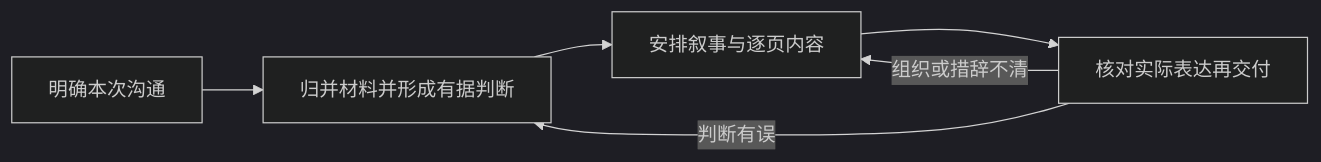
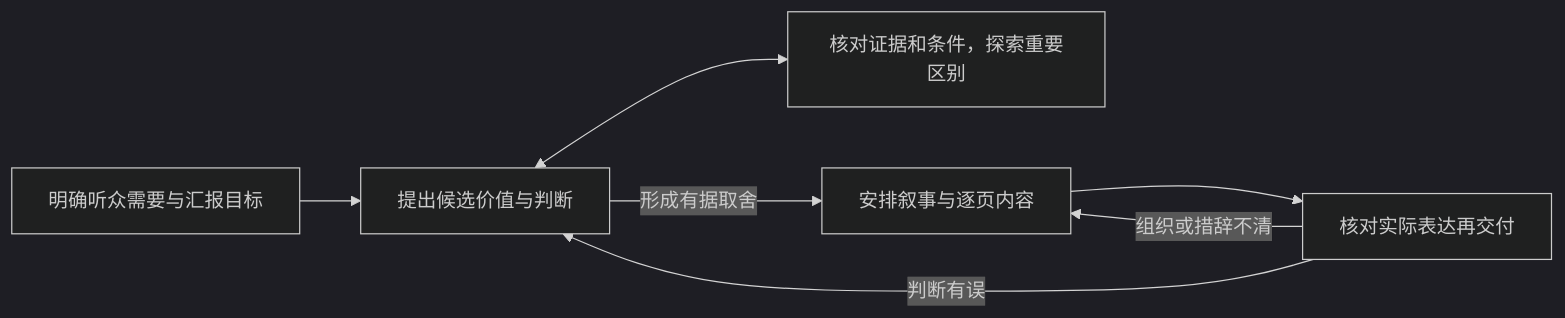
One commit to River-Singer/How-to-Report changed the diagram in README.md. Above: the diagram before and after it, drawn with Mermaid (dark theme). The commit also changed other lines of this file and 87 other files, not shown here.

````diff
--- a/README.md
+++ b/README.md
@@ -59,8 +65,9 @@
 ```mermaid
 flowchart LR
-    A[明确本次沟通] --> B[归并材料并形成有据判断]
-    B --> C[安排叙事与逐页内容]
+    A[明确听众需要与汇报目标] --> B[提出候选价值与判断]
+    B <--> E[核对证据和条件，探索重要区别]
+    B -->|形成有据取舍| C[安排叙事与逐页内容]
     C --> D[核对实际表达再交付]
     D -->|判断有误| B
     D -->|组织或措辞不清| C
 ```
````
